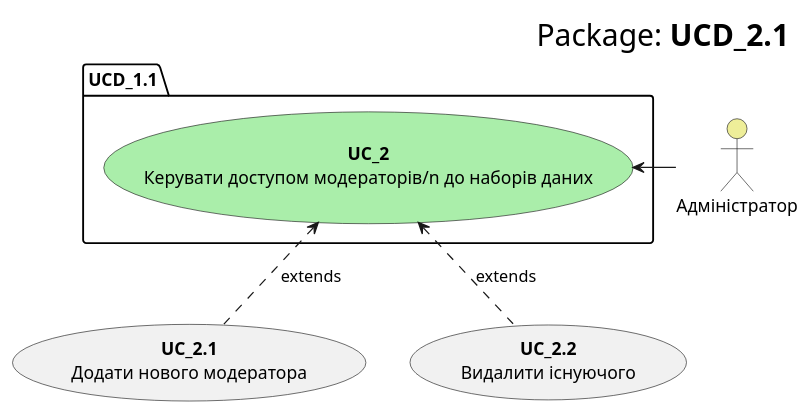
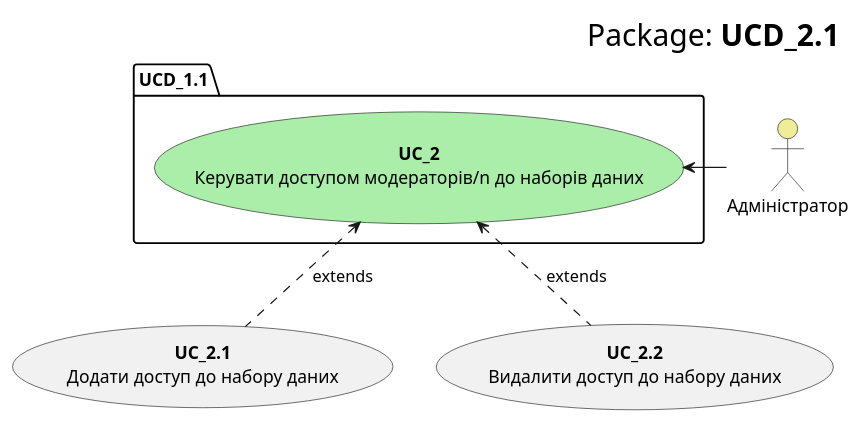
One commit to KarmazinN/db_open_data changed the diagram in src/uml/usecase21.puml. Above: the diagram before and after it, drawn with PlantUML.

```diff
--- a/src/uml/usecase21.puml
+++ b/src/uml/usecase21.puml
@@ -1,19 +1,19 @@
 @startuml
     right header
         <font size=24 color=black>Package:<b> UCD_2.1
     end header
 
     package UCD_1.1 {
         usecase "<b>UC_2</b>\nКерувати доступом модераторів/n до наборів даних" as UC_2 #aaeeaa
     }
     
     actor "Адміністратор" as Admin #eeee99
     Admin -l-> UC_2
     
-    usecase "<b>UC_2.1</b>\nДодати нового модератора" as UC_2.1
-    usecase "<b>UC_2.2</b>\nВидалити існуючого" as UC_2.2
+    usecase "<b>UC_2.1</b>\nДодати доступ до набору даних" as UC_2.1
+    usecase "<b>UC_2.2</b>\nВидалити доступ до набору даних" as UC_2.2
     
     UC_2.1 .u.> UC_2: extends
     UC_2.2 .u.> UC_2: extends
     
 @enduml
```
